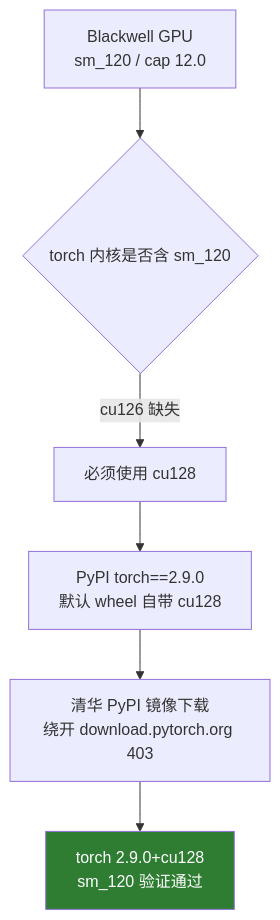
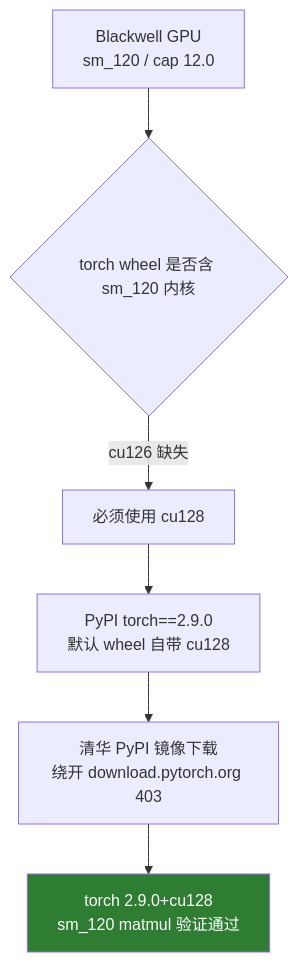
Before and after one commit to mosensefred/lingbot-va-deploy: the second of 4 diagrams in LOCAL_DEPLOY_SUMMARY.md, drawn with Mermaid. The commit also changed other lines of this file and 2 other files, not shown here.

Commit message:
docs: 扩充本地部署总结——新增时间线/FAQ/目录结构、动作热力图与16帧拼图

````diff
--- a/LOCAL_DEPLOY_SUMMARY.md
+++ b/LOCAL_DEPLOY_SUMMARY.md
@@ -36,9 +63,9 @@
 ```mermaid
 flowchart TD
-    A[Blackwell GPU<br/>sm_120 / cap 12.0] --> B{torch 内核是否含 sm_120}
+    A[Blackwell GPU<br/>sm_120 / cap 12.0] --> B{torch wheel 是否含 sm_120 内核}
     B -- cu126 缺失 --> C[必须使用 cu128]
     C --> D[PyPI torch==2.9.0<br/>默认 wheel 自带 cu128]
     D --> E[清华 PyPI 镜像下载<br/>绕开 download.pytorch.org 403]
-    E --> F[torch 2.9.0+cu128<br/>sm_120 验证通过]
+    E --> F[torch 2.9.0+cu128<br/>sm_120 matmul 验证通过]
     style F fill:#2e7d32,color:#fff
 ```
````
